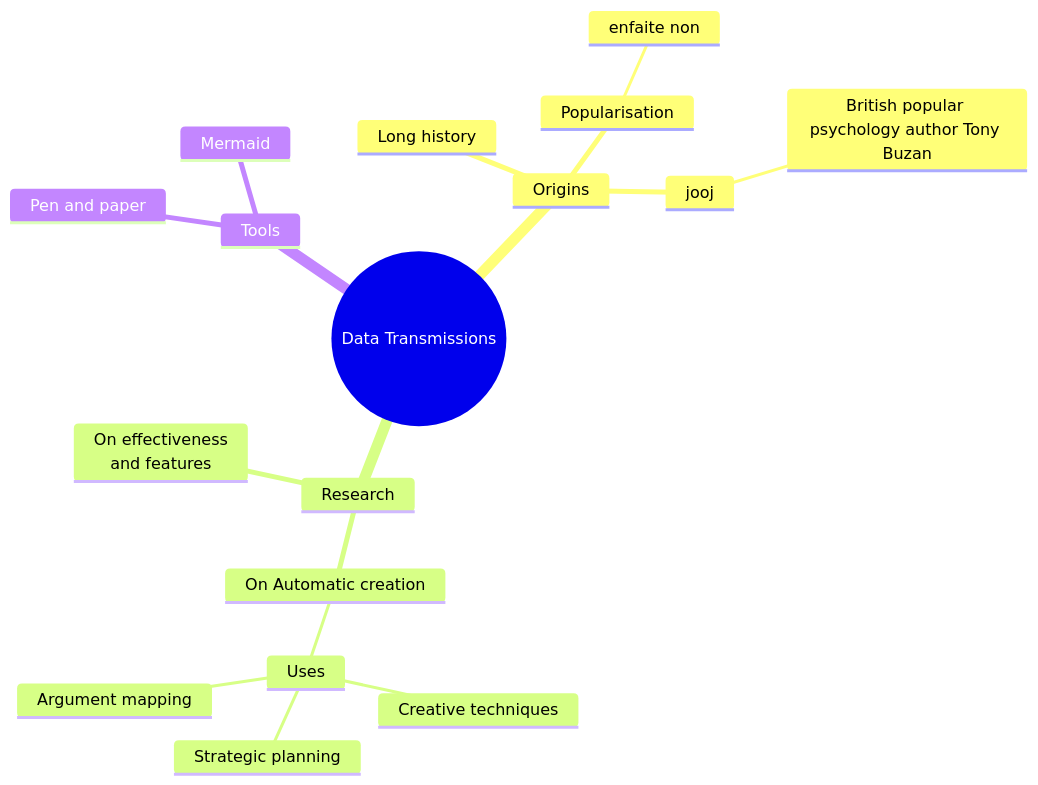
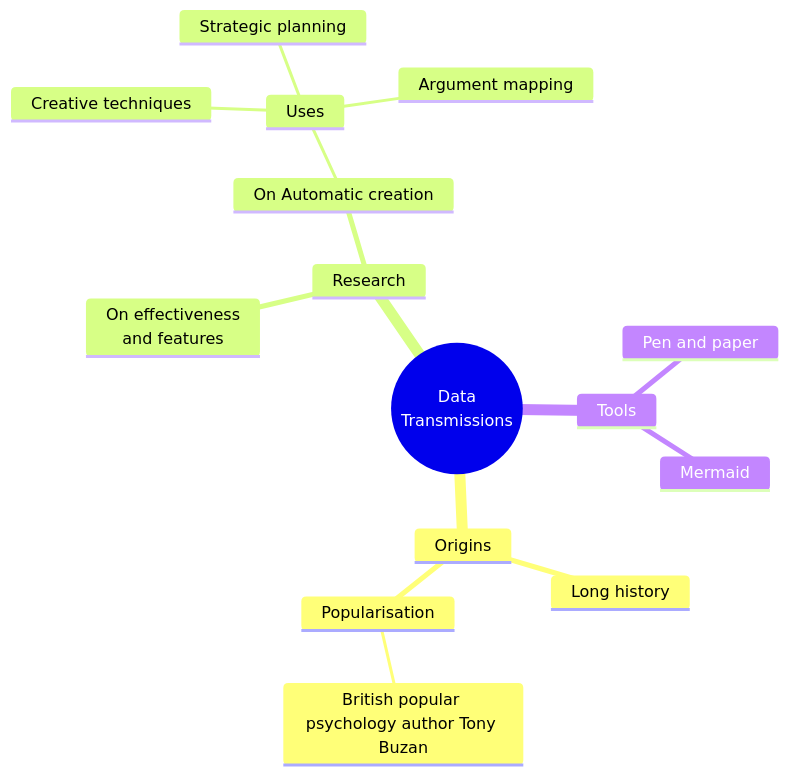
The third of 3 diagrams in 2023_Notes/week06-12_november/ascii_and_unicode.md (Marius-PA/ComputerScienceNotes), drawn with Mermaid before and after one commit.

````diff
--- a/2023_Notes/week06-12_november/ascii_and_unicode.md
+++ b/2023_Notes/week06-12_november/ascii_and_unicode.md
@@ -46,21 +46,19 @@
 ```mermaid
 mindmap
-  root((Data Transmissions))
+  root((Data <br >Transmissions))
     Origins
       Long history
       Popularisation
-        enfaite non
-      jooj
         British popular psychology author Tony Buzan
     Research
       On effectiveness<br/>and features
       On Automatic creation
         Uses
             Creative techniques
             Strategic planning
             Argument mapping
     Tools
       Pen and paper
       Mermaid
 
 ```
````
